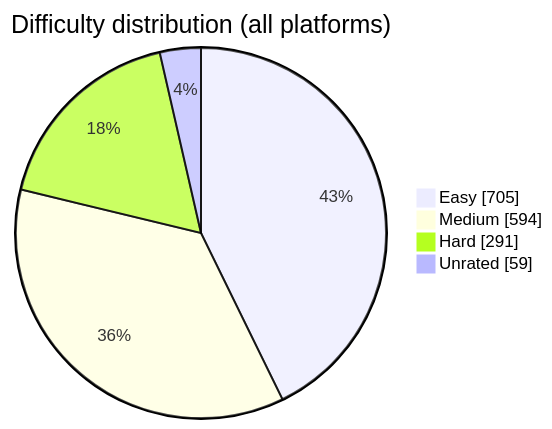
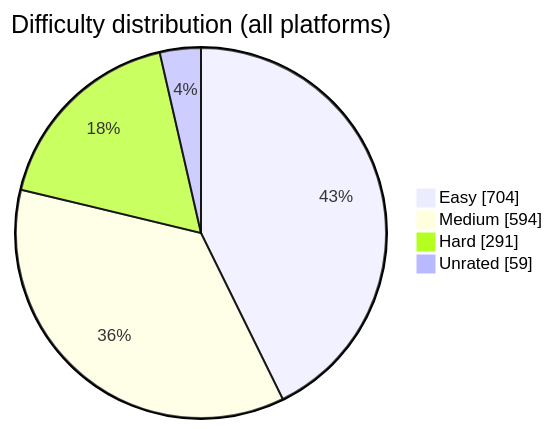
The diagram in README.md (BuildbyArindam/Daily-Coding-Log), drawn with Mermaid before and after one commit. The commit also changed other lines of this file, not shown here.

````diff
--- a/README.md
+++ b/README.md
@@ -93,7 +93,7 @@
 ```mermaid
 pie showData title Difficulty distribution (all platforms)
-    "Easy" : 705
+    "Easy" : 704
     "Medium" : 594
     "Hard" : 291
     "Unrated" : 59
 ```
````
